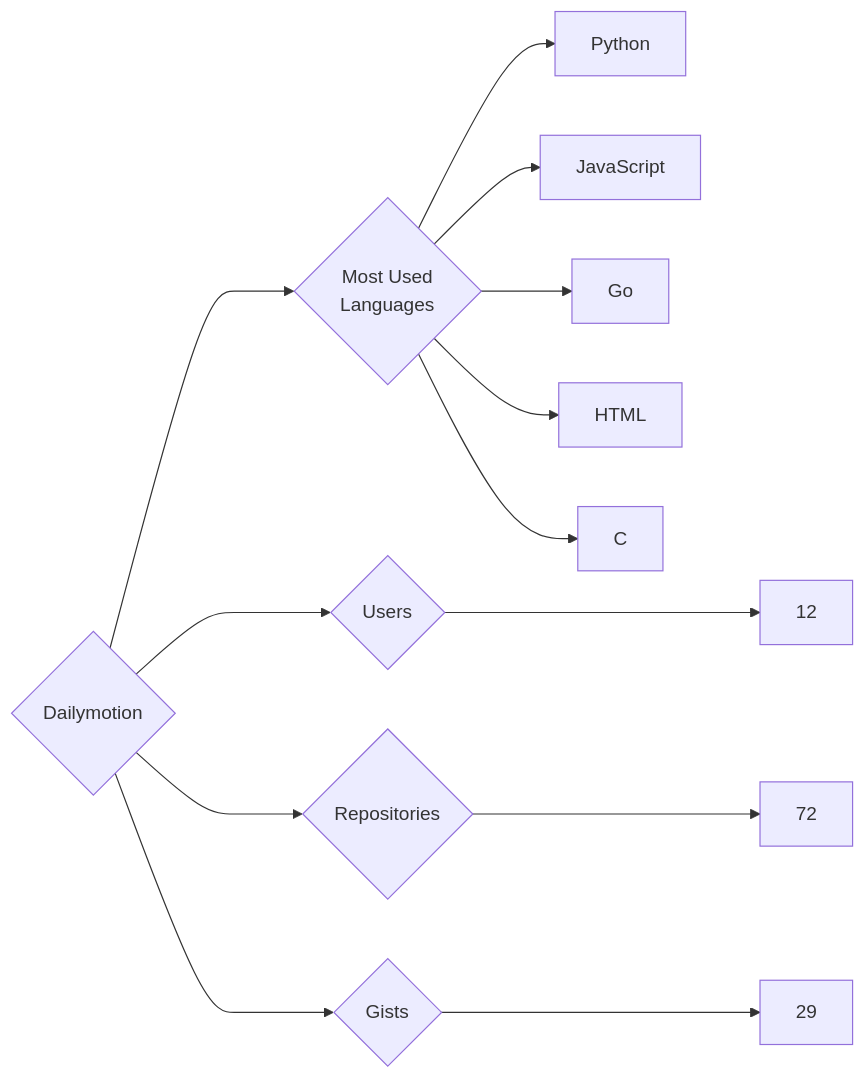
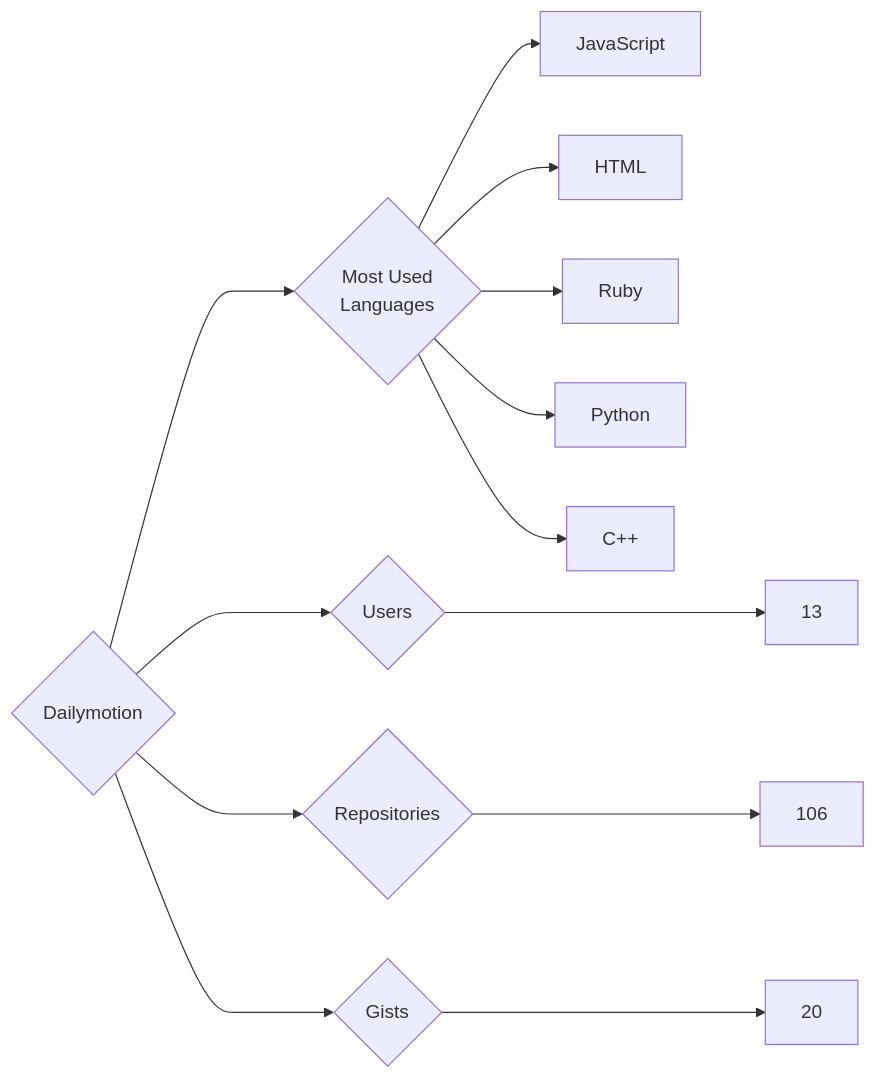
The diagram in targets/Dailymotion/README.md (trickest/insiders), drawn with Mermaid before and after one commit. The commit also changed 932 other files, not shown here.

````diff
--- a/targets/Dailymotion/README.md
+++ b/targets/Dailymotion/README.md
@@ -3,13 +3,13 @@
 ```mermaid
 graph LR
 COMPANY_NAME{Dailymotion}
-COMPANY_NAME ---> U{Users} ---> UN[12]
-COMPANY_NAME ---> R{Repositories} ---> RN[72]
-COMPANY_NAME ---> G{Gists} ---> GN[29]
+COMPANY_NAME ---> U{Users} ---> UN[13]
+COMPANY_NAME ---> R{Repositories} ---> RN[106]
+COMPANY_NAME ---> G{Gists} ---> GN[20]
 COMPANY_NAME ---> ML{Most Used<br>Languages}
+ML --> JavaScript[JavaScript]
+ML --> HTML[HTML]
+ML --> Ruby[Ruby]
 ML --> Python[Python]
-ML --> JavaScript[JavaScript]
-ML --> Go[Go]
-ML --> HTML[HTML]
-ML --> C[C]
+ML --> C++[C++]
 ```
````
